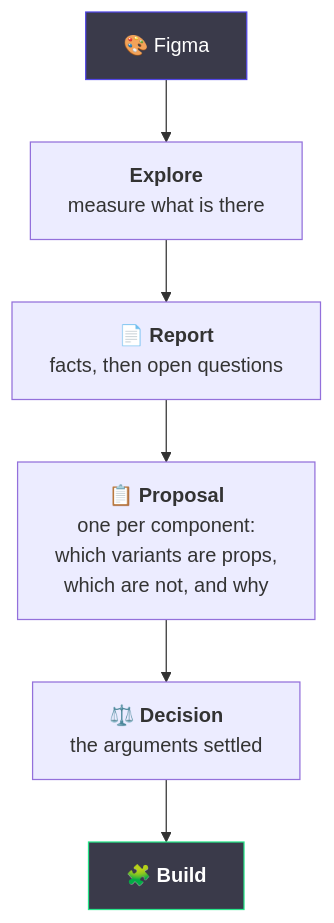
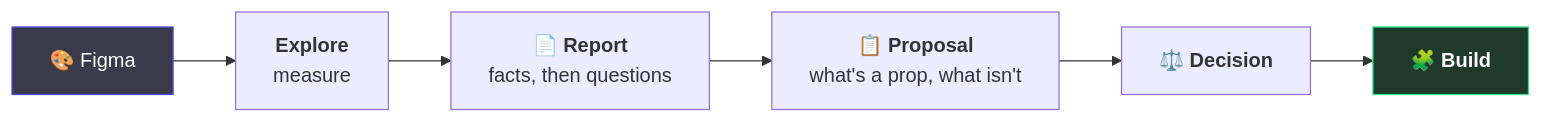
The third of 3 diagrams in docs/documentation/06-from-figma-to-component.md (cris-achiardi/weave-ds-template), drawn with Mermaid before and after one commit. The commit also changed other lines of this file and 6 other files, not shown here.

````diff
--- a/docs/documentation/06-from-figma-to-component.md
+++ b/docs/documentation/06-from-figma-to-component.md
@@ -96,10 +70,6 @@
 ```mermaid
-flowchart TD
-  F["🎨 Figma"] --> E["<b>Explore</b><br/>measure what is there"]
-  E --> RP["📄 <b>Report</b><br/>facts, then open questions"]
-  RP --> PR["📋 <b>Proposal</b><br/>one per component:<br/>which variants are props,<br/>which are not, and why"]
-  PR --> AD["⚖️ <b>Decision</b><br/>the arguments settled"]
-  AD --> B["🧩 <b>Build</b>"]
+flowchart LR
+  F["🎨 Figma"] --> E["<b>Explore</b><br/>measure"] --> RP["📄 <b>Report</b><br/>facts, then questions"] --> PR["📋 <b>Proposal</b><br/>what's a prop, what isn't"] --> AD["⚖️ <b>Decision</b>"] --> B["🧩 <b>Build</b>"]
   style F fill:#3a3a4a,stroke:#5146e6,color:#fff
-  style B fill:#3a3a4a,stroke:#26e589,color:#fff
+  style B fill:#1f3a2a,stroke:#26e589,color:#fff
 ```
````
